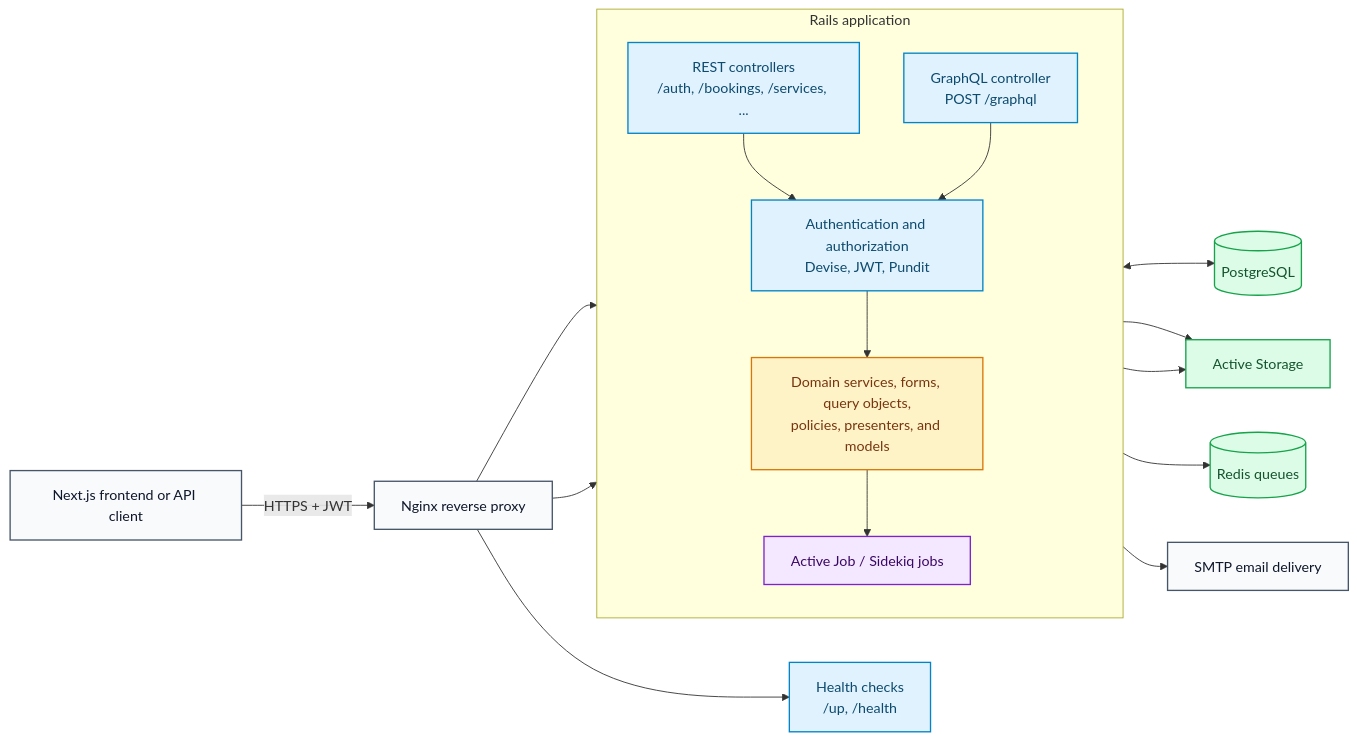
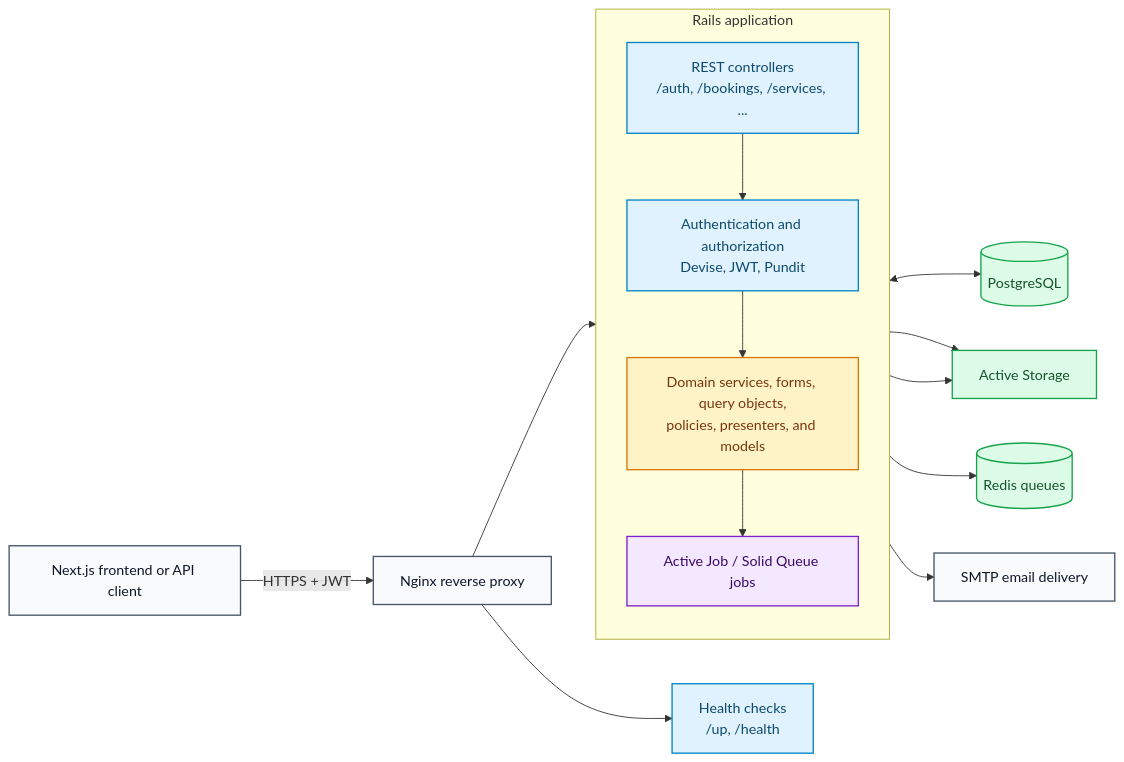
One commit to ayojan/marketplace changed the first of 2 diagrams in backend/docs/ARCHITECTURE.md. Above: the diagram before and after it, drawn with Mermaid. The commit also changed other lines of this file and 72 other files, not shown here.

Commit message:
Remove graphql (#41)

````diff
--- a/backend/docs/ARCHITECTURE.md
+++ b/backend/docs/ARCHITECTURE.md
@@ -7,25 +7,23 @@
 ```mermaid
 flowchart LR
     classDef edge fill:#f8fafc,stroke:#475569,stroke-width:1.5px,color:#0f172a;
     classDef api fill:#e0f2fe,stroke:#0284c7,stroke-width:1.5px,color:#0c4a6e;
     classDef domain fill:#fef3c7,stroke:#d97706,stroke-width:1.5px,color:#78350f;
     classDef async fill:#f3e8ff,stroke:#7e22ce,stroke-width:1.5px,color:#3b0764;
     classDef store fill:#dcfce7,stroke:#16a34a,stroke-width:1.5px,color:#14532d;
 
     Client[Next.js frontend or API client]:::edge -->|HTTPS + JWT| Edge[Nginx reverse proxy]:::edge
     Edge --> REST[REST controllers<br/>/auth, /bookings, /services, ...]:::api
-    Edge --> GQL[GraphQL controller<br/>POST /graphql]:::api
     Edge --> Health[Health checks<br/>/up, /health]:::api
     subgraph Rails[Rails application]
         direction TB
         REST --> Auth[Authentication and authorization<br/>Devise, JWT, Pundit]:::api
-        GQL --> Auth
         Auth --> Domain[Domain services, forms, query objects,<br/>policies, presenters, and models]:::domain
-        Domain --> Jobs[Active Job / Sidekiq jobs]:::async
+        Domain --> Jobs[Active Job / Solid Queue jobs]:::async
     end
     Domain <--> DB[(PostgreSQL)]:::store
     Domain --> Storage[Active Storage]:::store
     Jobs --> Redis[(Redis queues)]:::store
     Jobs --> Mail[SMTP email delivery]:::edge
     Jobs --> Storage
 ```
````
